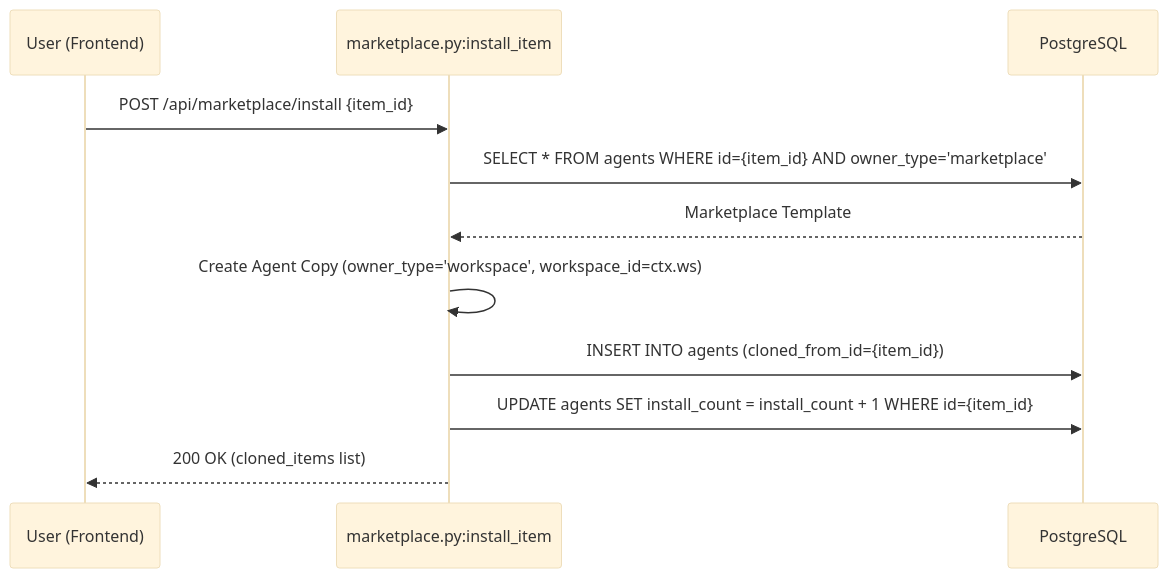
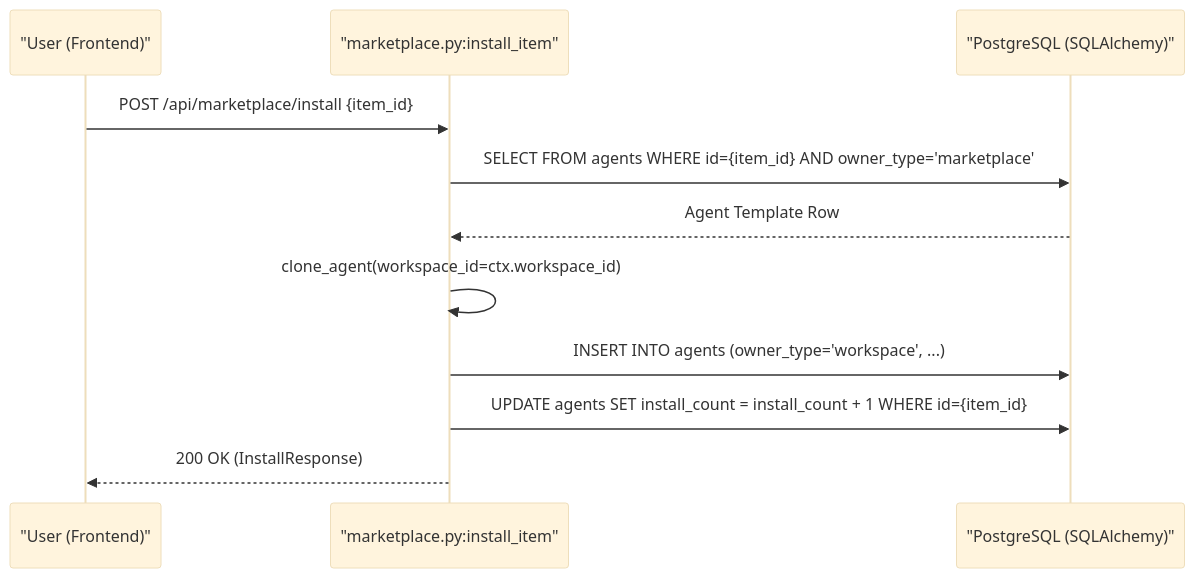
The second of 3 diagrams in docs/community-marketplace/marketplace-backend.md (AutomatosAI/automatos-ai), drawn with Mermaid (base theme) before and after one commit. The commit also changed other lines of this file and 153 other files, not shown here.

````diff
--- a/docs/community-marketplace/marketplace-backend.md
+++ b/docs/community-marketplace/marketplace-backend.md
@@ -99,14 +93,14 @@
 ```mermaid
 sequenceDiagram
-    participant U as User (Frontend)
-    participant API as marketplace.py:install_item
-    participant DB as PostgreSQL
+    participant U as "User (Frontend)"
+    participant API as "marketplace.py:install_item"
+    participant DB as "PostgreSQL (SQLAlchemy)"
 
     U->>API: POST /api/marketplace/install {item_id}
-    API->>DB: SELECT * FROM agents WHERE id={item_id} AND owner_type='marketplace'
-    DB-->>API: Marketplace Template
-    API->>API: Create Agent Copy (owner_type='workspace', workspace_id=ctx.ws)
-    API->>DB: INSERT INTO agents (cloned_from_id={item_id})
+    API->>DB: SELECT FROM agents WHERE id={item_id} AND owner_type='marketplace'
+    DB-->>API: Agent Template Row
+    API->>API: clone_agent(workspace_id=ctx.workspace_id)
+    API->>DB: INSERT INTO agents (owner_type='workspace', ...)
     API->>DB: UPDATE agents SET install_count = install_count + 1 WHERE id={item_id}
-    API-->>U: 200 OK (cloned_items list)
+    API-->>U: 200 OK (InstallResponse)
 ```
````
